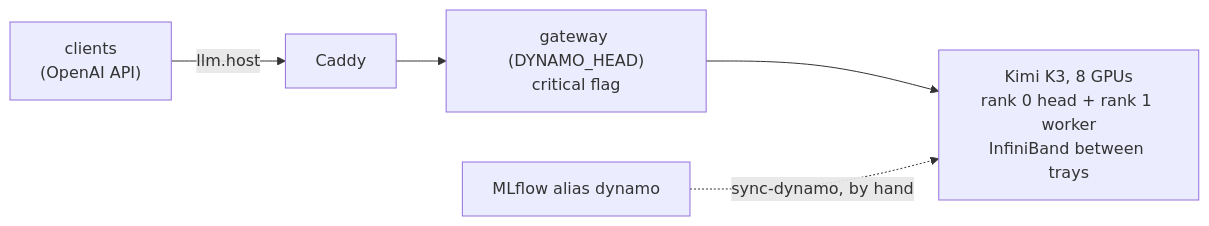
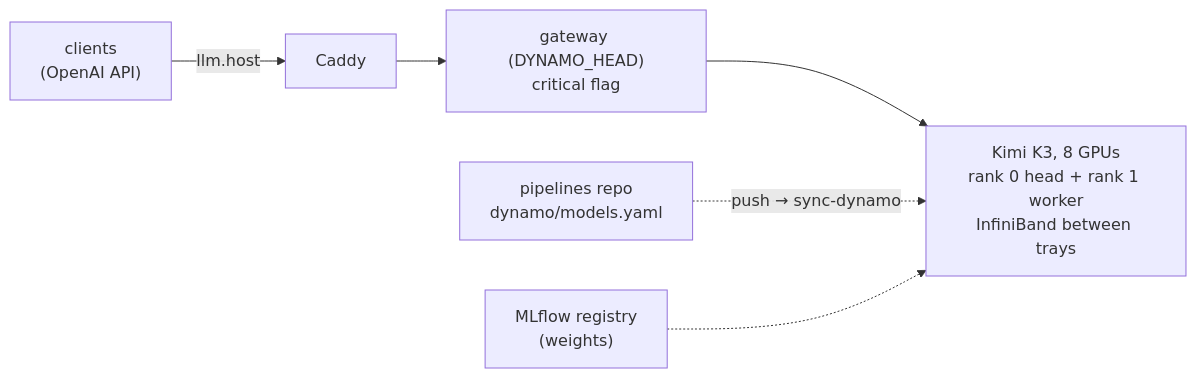
The diagram in services/dynamo/README.md (cnboonhan/data-flywheel), drawn with Mermaid before and after one commit. The commit also changed other lines of this file and 16 other files, not shown here.

First line of the commit message:
Dynamo and Triton serve what the Gitea pipelines repo's specs say, not MLflow aliases

````diff
--- a/services/dynamo/README.md
+++ b/services/dynamo/README.md
@@ -5,6 +5,7 @@
 ```mermaid
 flowchart LR
   C["clients<br/>(OpenAI API)"] -->|llm.host| Caddy --> G["gateway (DYNAMO_HEAD)<br/>critical flag"]
   G --> T["Kimi K3, 8 GPUs<br/>rank 0 head + rank 1 worker<br/>InfiniBand between trays"]
-  M["MLflow alias dynamo"] -.->|sync-dynamo, by hand| T
+  M["pipelines repo<br/>dynamo/models.yaml"] -.->|push → sync-dynamo| T
+  R["MLflow registry<br/>(weights)"] -.-> T
 ```
````
